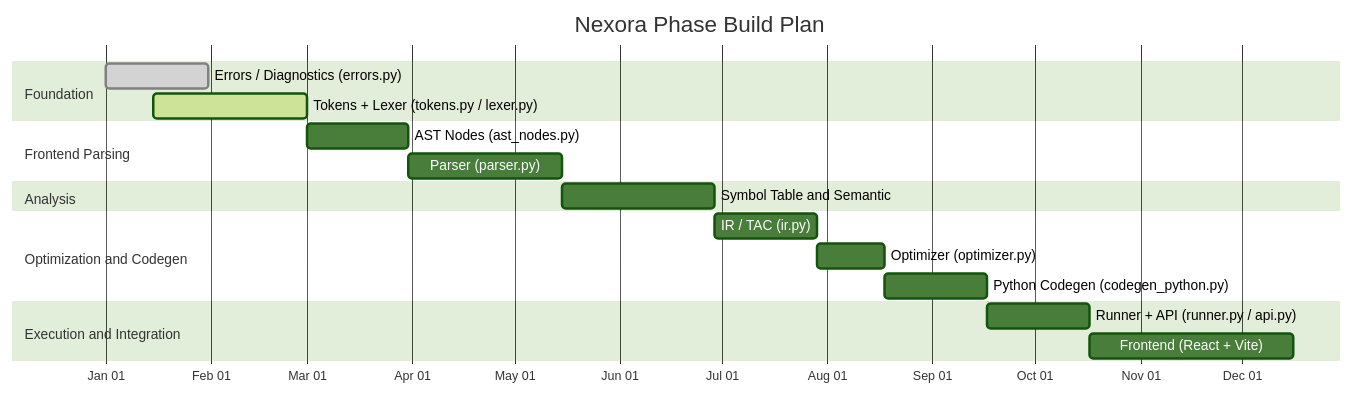
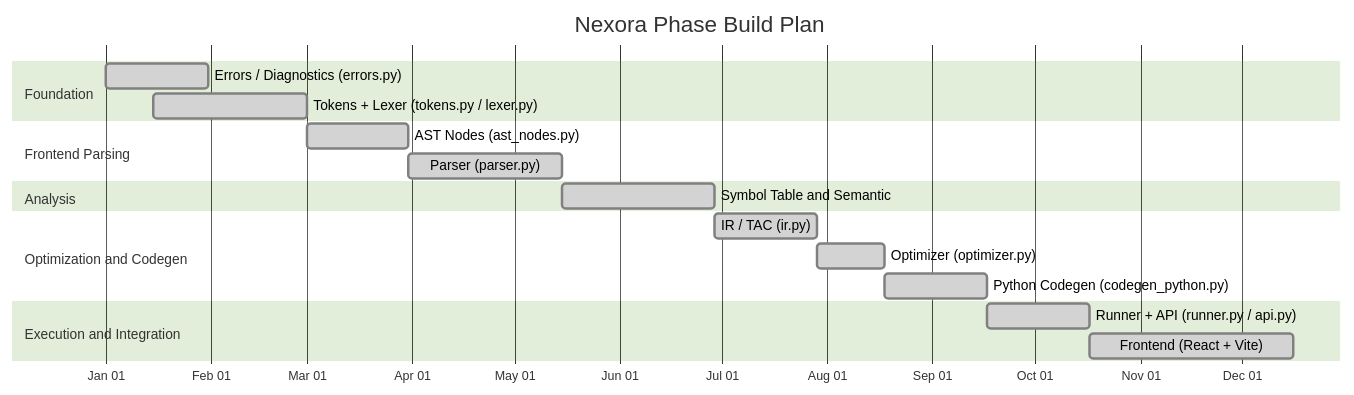
Before and after one commit to Babar-RM/Nexora: the second of 12 diagrams in AGENTS.md, drawn with Mermaid (forest theme). The commit also changed other lines of this file and 1 other file, not shown here.

Commit message:
docs: update README and AGENTS roadmap for frontend web visualizer

````diff
--- a/AGENTS.md
+++ b/AGENTS.md
@@ -82,26 +82,26 @@
 ```mermaid
 gantt
     title Nexora Phase Build Plan
     dateFormat  YYYY-MM-DD
     axisFormat  %b %d
 
     section Foundation
     Errors / Diagnostics (errors.py)         :done,    err, 2026-01-01, 30d
-    Tokens + Lexer (tokens.py / lexer.py)    :active,  lex, 2026-01-15, 45d
+    Tokens + Lexer (tokens.py / lexer.py)    :done,    lex, 2026-01-15, 45d
 
     section Frontend Parsing
-    AST Nodes (ast_nodes.py)                 :         ast, after lex, 30d
-    Parser (parser.py)                       :         par, after ast, 45d
+    AST Nodes (ast_nodes.py)                 :done,    ast, after lex, 30d
+    Parser (parser.py)                       :done,    par, after ast, 45d
 
     section Analysis
-    Symbol Table and Semantic                :         sem, after par, 45d
+    Symbol Table and Semantic                :done,    sem, after par, 45d
 
     section Optimization and Codegen
-    IR / TAC (ir.py)                         :         ir,  after sem, 30d
-    Optimizer (optimizer.py)                 :         opt, after ir,  20d
-    Python Codegen (codegen_python.py)       :         cod, after opt, 30d
+    IR / TAC (ir.py)                         :done,    ir,  after sem, 30d
+    Optimizer (optimizer.py)                 :done,    opt, after ir,  20d
+    Python Codegen (codegen_python.py)       :done,    cod, after opt, 30d
 
     section Execution and Integration
-    Runner + API (runner.py / api.py)        :         run, after cod, 30d
-    Frontend (React + Vite)                  :         fe,  after run, 60d
+    Runner + API (runner.py / api.py)        :done,    run, after cod, 30d
+    Frontend (React + Vite)                  :done,    fe,  after run, 60d
 ```
````
